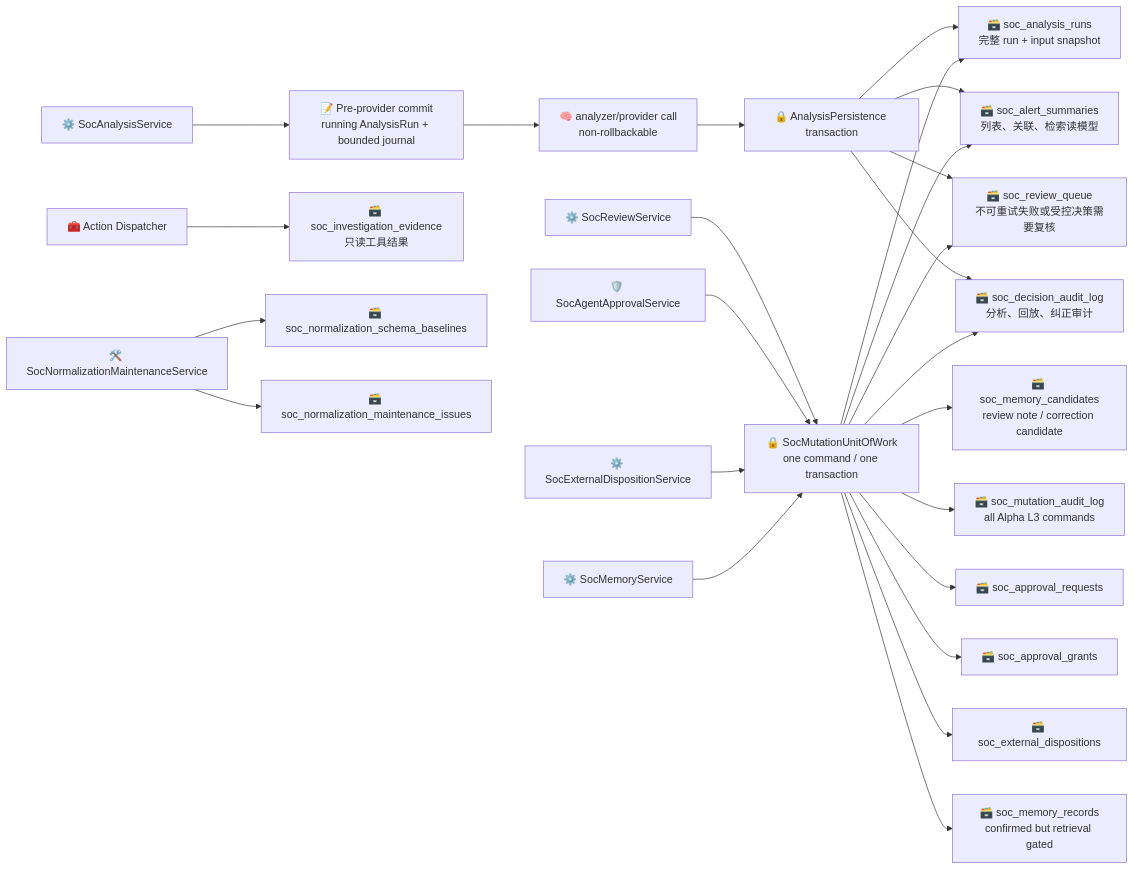
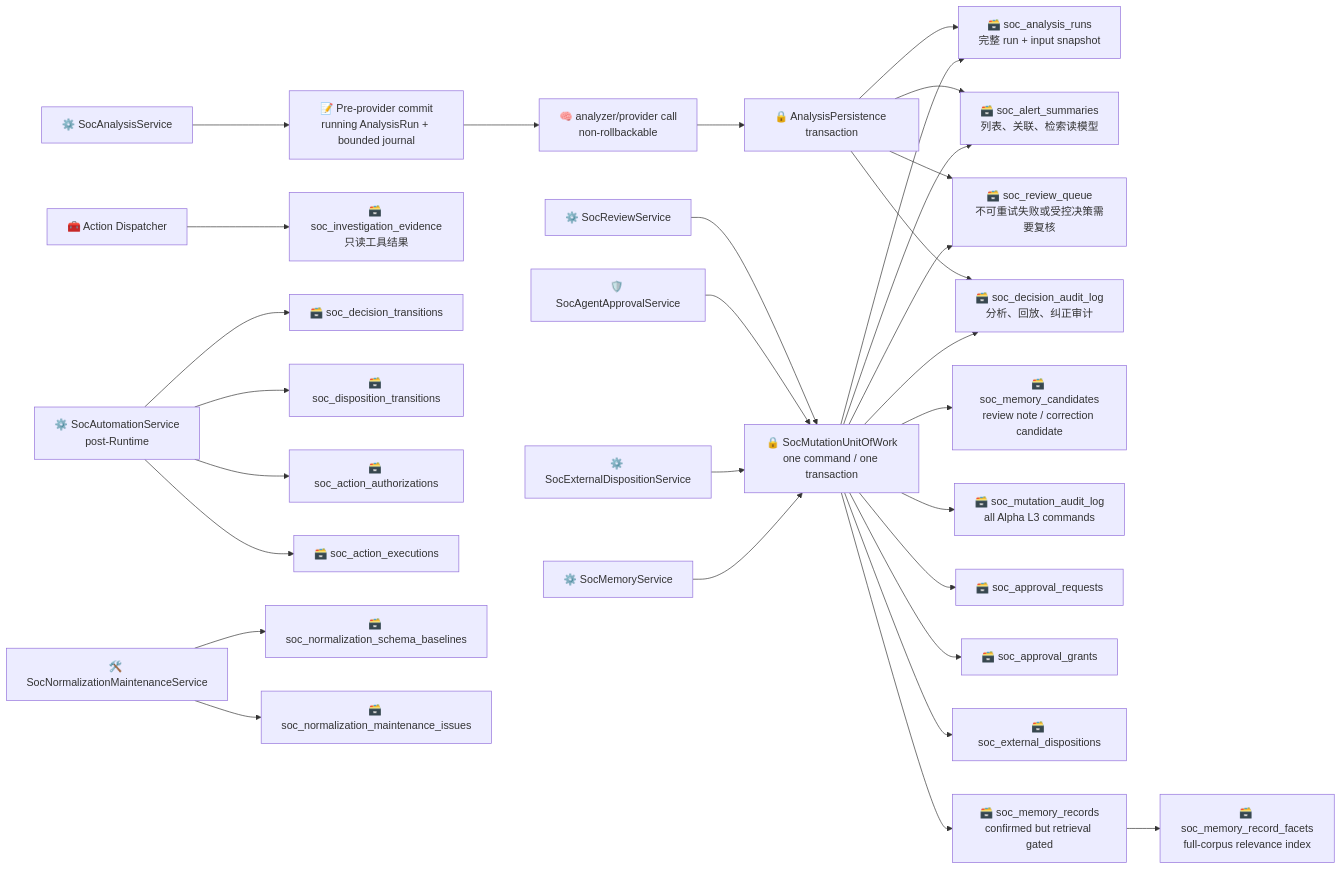
The sixth of 23 diagrams in .notes/ai_soc/alert-lifecycle-flow.md (yydspanda/deer-flow), drawn with Mermaid before and after one commit. The commit also changed other lines of this file and 50 other files, not shown here.

Commit message:
feat(soc): govern memory-informed automation

````diff
--- a/.notes/ai_soc/alert-lifecycle-flow.md
+++ b/.notes/ai_soc/alert-lifecycle-flow.md
@@ -327,29 +352,34 @@
 ```mermaid
 flowchart LR
     A["⚙️ SocAnalysisService"] --> PJ["📝 Pre-provider commit<br/>running AnalysisRun + bounded journal"]
     PJ --> LLM["🧠 analyzer/provider call<br/>non-rollbackable"]
     LLM --> TX["🔒 AnalysisPersistence transaction"]
     TX --> B["🗃️ soc_analysis_runs<br/>完整 run + input snapshot"]
     TX --> C["🗃️ soc_alert_summaries<br/>列表、关联、检索读模型"]
     TX --> D["🗃️ soc_review_queue<br/>不可重试失败或受控决策需要复核"]
     TX --> E["🗃️ soc_decision_audit_log<br/>分析、回放、纠正审计"]
 
     F["⚙️ SocReviewService"] --> MTX["🔒 SocMutationUnitOfWork<br/>one command / one transaction"]
     MTX --> D
     MTX --> B
     MTX --> C
     MTX --> E
     MTX --> G["🗃️ soc_memory_candidates<br/>review note / correction candidate"]
     MTX --> MA["🗃️ soc_mutation_audit_log<br/>all Alpha L3 commands"]
 
     H["🧰 Action Dispatcher"] --> I["🗃️ soc_investigation_evidence<br/>只读工具结果"]
     J["🛡️ SocAgentApprovalService"] --> MTX
     MTX --> K["🗃️ soc_approval_requests"]
     MTX --> L["🗃️ soc_approval_grants"]
     M["⚙️ SocExternalDispositionService"] --> MTX
     MTX --> N["🗃️ soc_external_dispositions"]
     O["⚙️ SocMemoryService"] --> MTX
     MTX --> P["🗃️ soc_memory_records<br/>confirmed but retrieval gated"]
+    P --> PF["🗃️ soc_memory_record_facets<br/>full-corpus relevance index"]
+    AT["⚙️ SocAutomationService<br/>post-Runtime"] --> DT["🗃️ soc_decision_transitions"]
+    AT --> DS["🗃️ soc_disposition_transitions"]
+    AT --> AA["🗃️ soc_action_authorizations"]
+    AT --> AX["🗃️ soc_action_executions"]
     Q["🛠️ SocNormalizationMaintenanceService"] --> R["🗃️ soc_normalization_schema_baselines"]
     Q --> S["🗃️ soc_normalization_maintenance_issues"]
 ```
````
